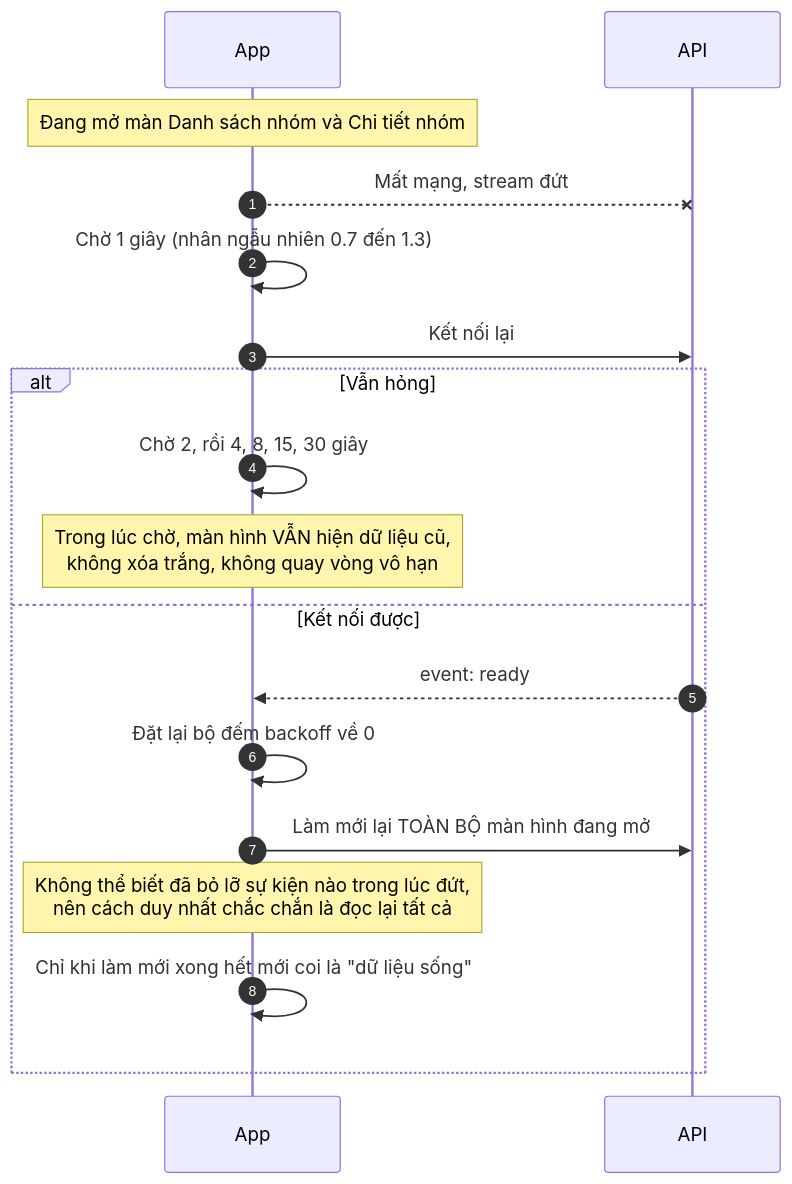
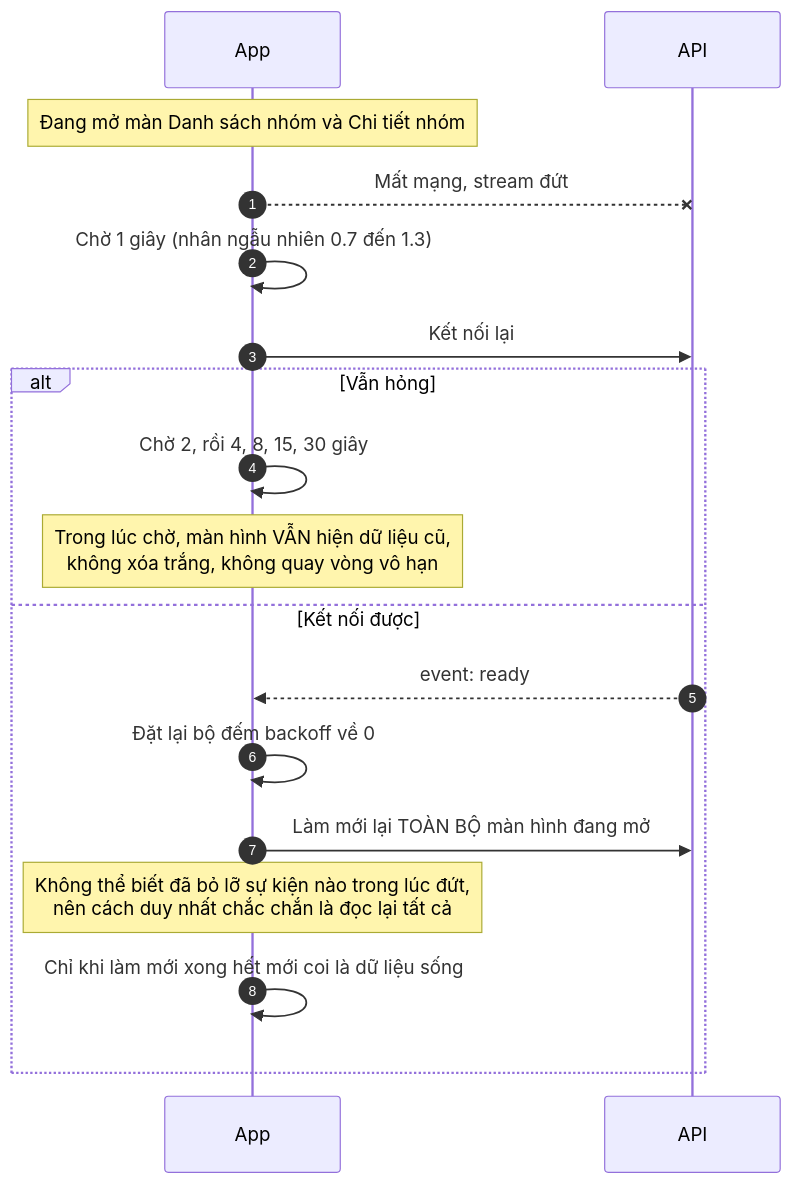
Before and after one commit to FintechVSF-Tranning/PaySplit-RP: the sixth of 9 diagrams in flow/08-realtime.md, drawn with Mermaid. The commit also changed other lines of this file and 7 other files, not shown here.

First line of the commit message:
Refactor notification flow and admin management documentation

````diff
--- a/flow/08-realtime.md
+++ b/flow/08-realtime.md
@@ -250,21 +294,21 @@
 ```mermaid
 sequenceDiagram
     autonumber
     participant FE as App
     participant API as API
 
     Note over FE: Đang mở màn Danh sách nhóm và Chi tiết nhóm
     FE--xAPI: Mất mạng, stream đứt
     FE->>FE: Chờ 1 giây (nhân ngẫu nhiên 0.7 đến 1.3)
     FE->>API: Kết nối lại
     alt Vẫn hỏng
         FE->>FE: Chờ 2, rồi 4, 8, 15, 30 giây
         Note over FE: Trong lúc chờ, màn hình VẪN hiện dữ liệu cũ,<br/>không xóa trắng, không quay vòng vô hạn
     else Kết nối được
         API-->>FE: event: ready
         FE->>FE: Đặt lại bộ đếm backoff về 0
         FE->>API: Làm mới lại TOÀN BỘ màn hình đang mở
         Note over FE: Không thể biết đã bỏ lỡ sự kiện nào trong lúc đứt,<br/>nên cách duy nhất chắc chắn là đọc lại tất cả
-        FE->>FE: Chỉ khi làm mới xong hết mới coi là "dữ liệu sống"
+        FE->>FE: Chỉ khi làm mới xong hết mới coi là dữ liệu sống
     end
 ```
````
